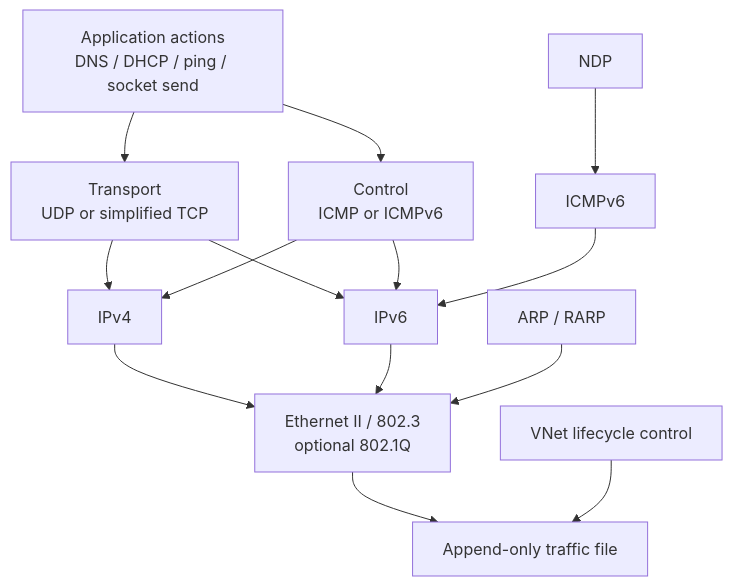
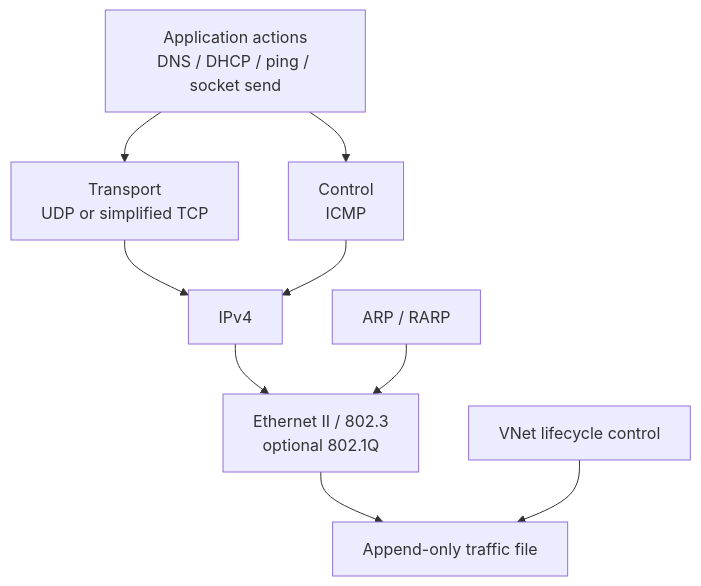
One commit to luppichristian/vnet changed the first of 3 diagrams in docs/protocol_hierarchy.md. Above: the diagram before and after it, drawn with Mermaid. The commit also changed other lines of this file and 42 other files, not shown here.

````diff
--- a/docs/protocol_hierarchy.md
+++ b/docs/protocol_hierarchy.md
@@ -7,15 +7,11 @@
 ```mermaid
 flowchart TB
   APP[Application actions\nDNS / DHCP / ping / socket send] --> L4[Transport\nUDP or simplified TCP]
-  APP --> ICMP[Control\nICMP or ICMPv6]
+  APP --> ICMP[Control\nICMP]
   L4 --> IP4[IPv4]
-  L4 --> IP6[IPv6]
   ICMP --> IP4
-  ICMP --> IP6
   IP4 --> ETH[Ethernet II / 802.3\noptional 802.1Q]
-  IP6 --> ETH
   ARP[ARP / RARP] --> ETH
-  NDP[NDP] --> ICMP6[ICMPv6] --> IP6
   ETH --> MEDIUM[Append-only traffic file]
   CTRL[VNet lifecycle control] --> MEDIUM
 ```
````
